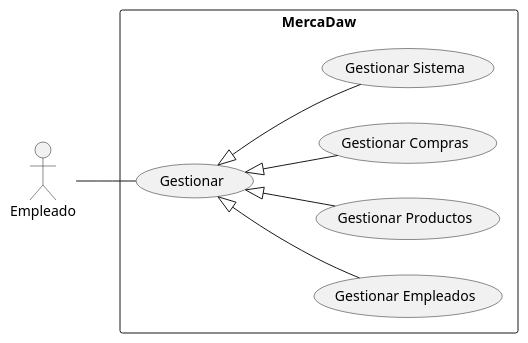
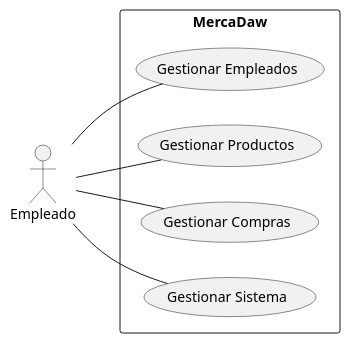
The diagram in analisis/CasosUso.pu (dmadcha/mercadaw_trabajo_ev3), drawn with PlantUML before and after one commit.

Commit message:
CasosDeUso_Fix

```diff
--- a/analisis/CasosUso.pu
+++ b/analisis/CasosUso.pu
@@ -1,18 +1,16 @@
 @startuml Casos Uso
 left to right direction
 actor Empleado as emp
 
 rectangle MercaDaw {
-    usecase "Gestionar" as uc_1
-    usecase "Gestionar Empleados" as uc_1_1
-    usecase "Gestionar Productos" as uc_1_2
-    usecase "Gestionar Compras" as uc_1_3
-    usecase "Gestionar Sistema" as uc_1_4
+    usecase "Gestionar Empleados" as uc_1
+    usecase "Gestionar Productos" as uc_2
+    usecase "Gestionar Compras" as uc_3
+    usecase "Gestionar Sistema" as uc_4
 }
 
 emp -- uc_1
-uc_1 <|-- uc_1_1
-uc_1 <|-- uc_1_2
-uc_1 <|-- uc_1_3
-uc_1 <|-- uc_1_4
+emp -- uc_2
+emp -- uc_3
+emp -- uc_4
 @enduml
```
